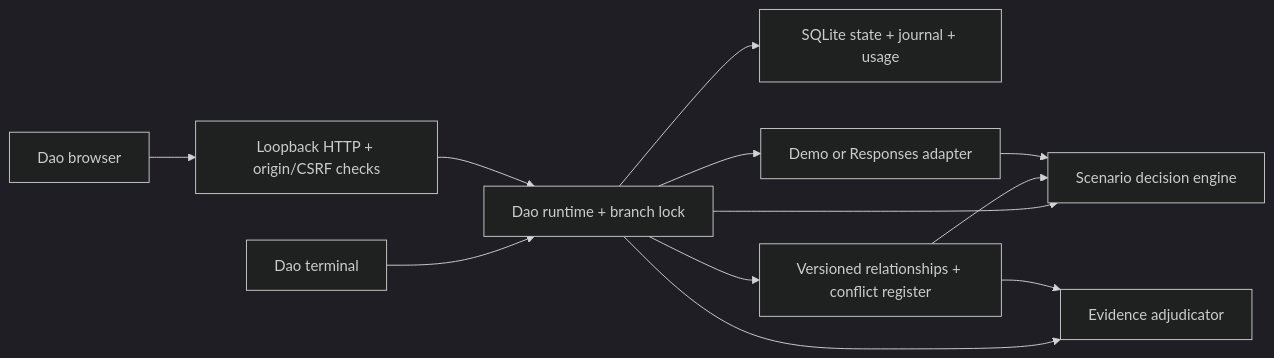
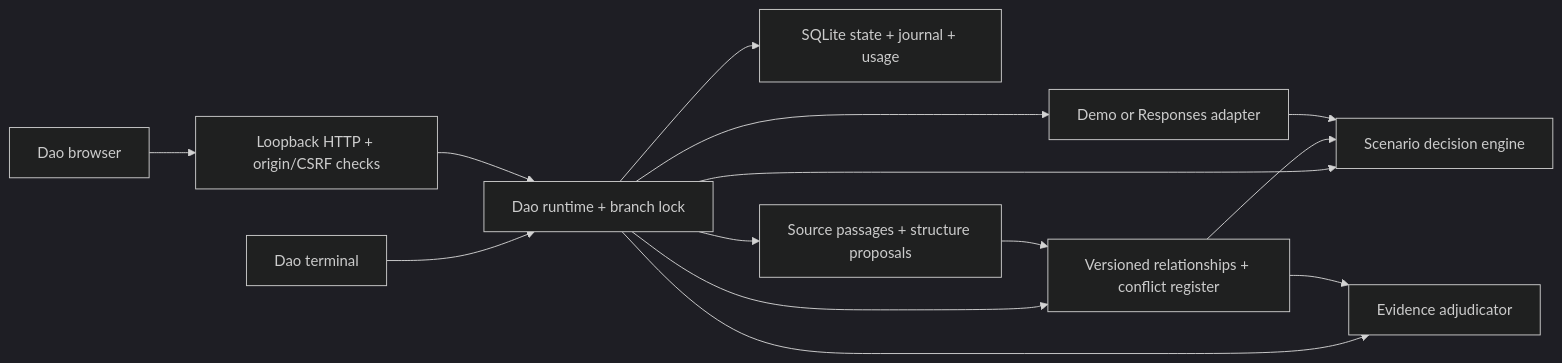
The diagram in docs/architecture.md (Virgo-3/Dao), drawn with Mermaid (dark theme) before and after one commit. The commit also changed other lines of this file and 21 other files, not shown here.

Commit message:
Link conversation passages to reviewable semantic structure

````diff
--- a/docs/architecture.md
+++ b/docs/architecture.md
@@ -5,14 +5,16 @@
 ```mermaid
 flowchart LR
     UI[Dao browser] --> HTTP[Loopback HTTP + origin/CSRF checks]
     Terminal[Dao terminal] --> Runtime
     HTTP --> Runtime[Dao runtime + branch lock]
     Runtime --> Store[SQLite state + journal + usage]
     Runtime --> Decision[Scenario decision engine]
     Runtime --> Audit[Evidence adjudicator]
     Runtime --> Relationships[Versioned relationships + conflict register]
+    Runtime --> Structure[Source passages + structure proposals]
+    Structure --> Relationships
     Relationships --> Decision
     Relationships --> Audit
     Runtime --> Provider[Demo or Responses adapter]
     Provider --> Decision
 ```
````
